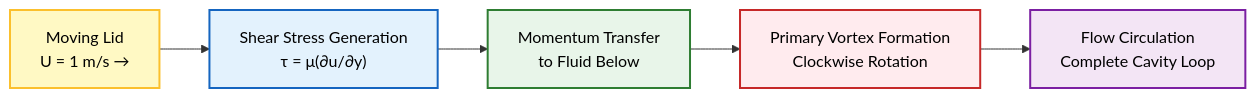
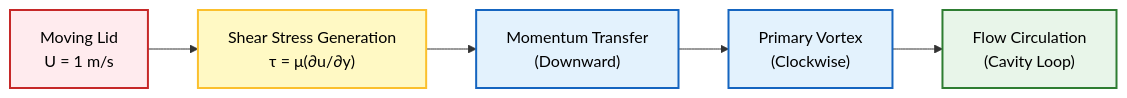
One commit to wramet/build-my-cfd changed the first of 3 diagrams in MODULE_01_CFD_FUNDAMENTALS/CONTENT/04_FIRST_SIMULATION/05_Expected_Results.md. Above: the diagram before and after it, drawn with Mermaid. The commit also changed other lines of this file and 313 other files, not shown here.

Commit message:
Revise all diagram

````diff
--- a/MODULE_01_CFD_FUNDAMENTALS/CONTENT/04_FIRST_SIMULATION/05_Expected_Results.md
+++ b/MODULE_01_CFD_FUNDAMENTALS/CONTENT/04_FIRST_SIMULATION/05_Expected_Results.md
@@ -25,13 +25,12 @@
 ```mermaid
 graph LR
-    A["Moving Lid<br/>U = 1 m/s →"] --> B["Shear Stress Generation<br/>τ = μ(∂u/∂y)"]
-    B --> C["Momentum Transfer<br/>to Fluid Below"]
-    C --> D["Primary Vortex Formation<br/>Clockwise Rotation"]
-    D --> E["Flow Circulation<br/>Complete Cavity Loop"]
+    A["Moving Lid<br/>U = 1 m/s"]:::volatile --> B["Shear Stress Generation<br/>τ = μ(∂u/∂y)"]:::explicit
+    B --> C["Momentum Transfer<br/>(Downward)"]:::implicit
+    C --> D["Primary Vortex<br/>(Clockwise)"]:::implicit
+    D --> E["Flow Circulation<br/>(Cavity Loop)"]:::success
 
-    style A fill:#fff9c4,stroke:#fbc02d,stroke-width:2px,color:#000
-    style B fill:#e3f2fd,stroke:#1565c0,stroke-width:2px,color:#000
-    style C fill:#e8f5e9,stroke:#2e7d32,stroke-width:2px,color:#000
-    style D fill:#ffebee,stroke:#c62828,stroke-width:2px,color:#000
-    style E fill:#f3e5f5,stroke:#7b1fa2,stroke-width:2px,color:#000
+    classDef implicit fill:#e3f2fd,stroke:#1565c0,stroke-width:2px,color:#000;
+    classDef explicit fill:#fff9c4,stroke:#fbc02d,stroke-width:2px,color:#000;
+    classDef volatile fill:#ffebee,stroke:#c62828,stroke-width:2px,color:#000;
+    classDef success fill:#e8f5e9,stroke:#2e7d32,stroke-width:2px,color:#000;
 ```
````
